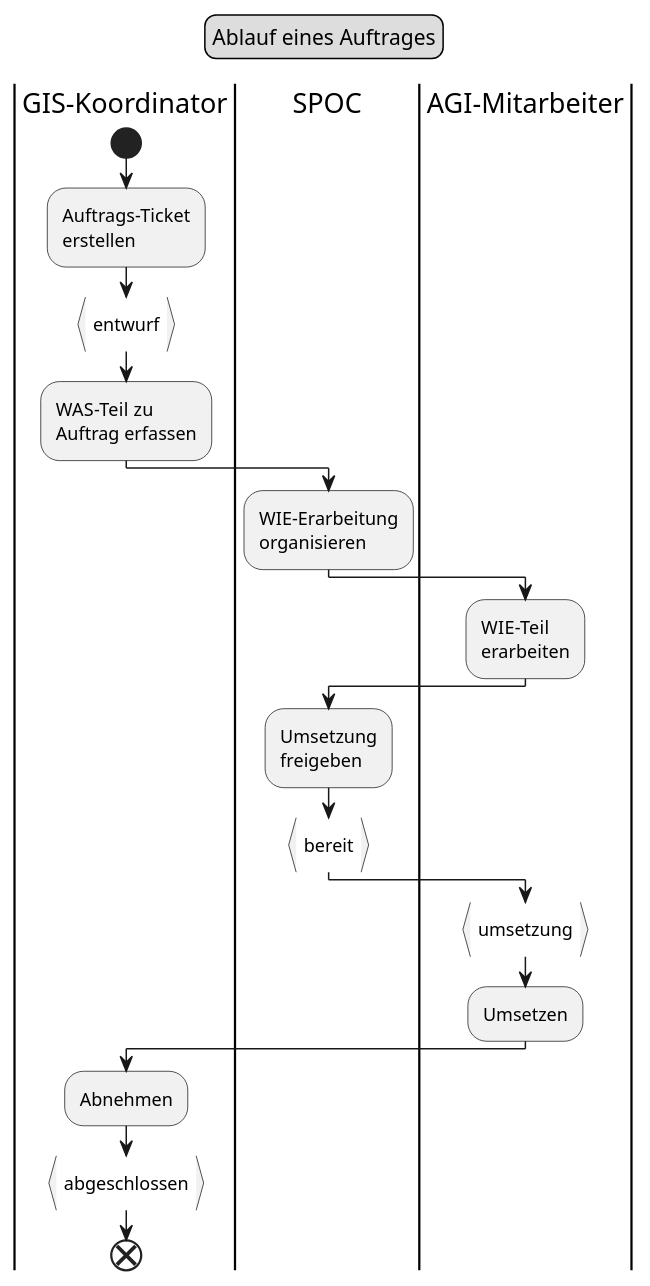
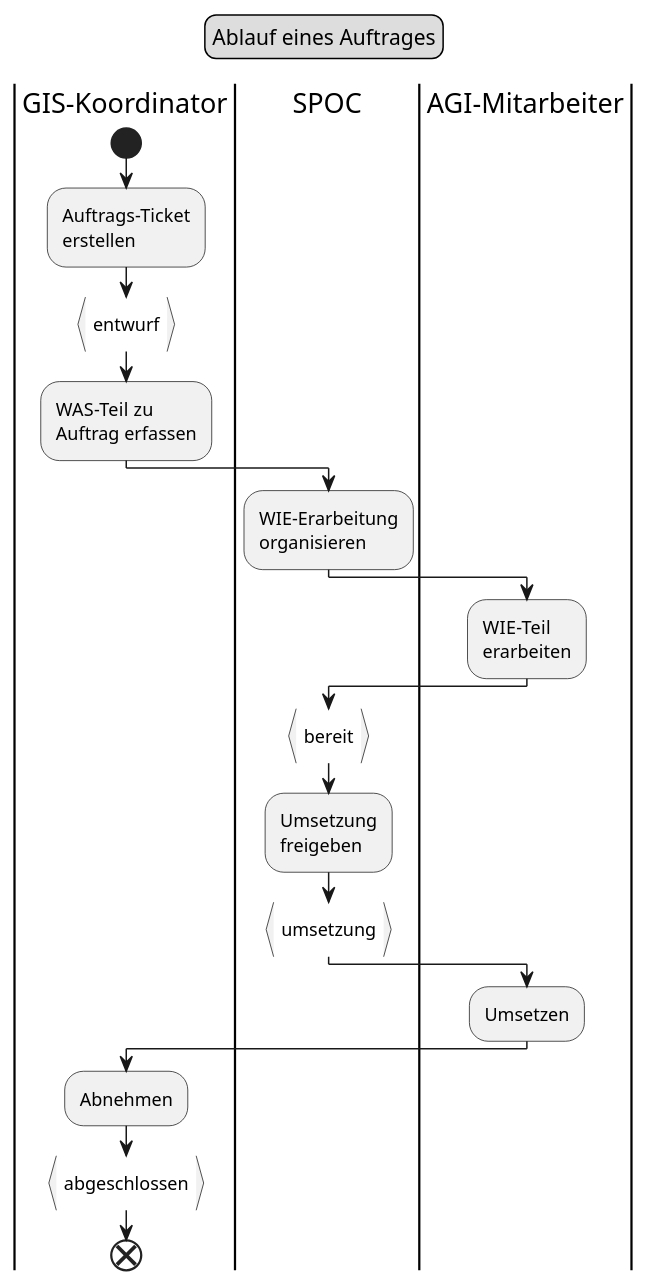
One commit to ojeker/docktick changed the diagram in puml/src/flow_auftrag.puml. Above: the diagram before and after it, drawn with PlantUML. The commit also changed other lines of this file and 10 other files, not shown here.

```diff
--- a/puml/src/flow_auftrag.puml
+++ b/puml/src/flow_auftrag.puml
@@ -1,30 +1,30 @@
 @startuml
 legend top
 	Ablauf eines Auftrages
 end legend
 
 |GIS-Koordinator|
 start
 :Auftrags-Ticket
 erstellen;
 :entwurf}
 :WAS-Teil zu
 Auftrag erfassen;
 |SPOC|
 :WIE-Erarbeitung
 organisieren;
 |AGI-Mitarbeiter|
 :WIE-Teil
 erarbeiten;
 |SPOC|
+:bereit}
 :Umsetzung
 freigeben;
-:bereit}
+:umsetzung}
 |AGI-Mitarbeiter|
-:umsetzung}
 :Umsetzen;
 |GIS-Koordinator|
 :Abnehmen;
 :abgeschlossen}
 end
 @enduml
```
